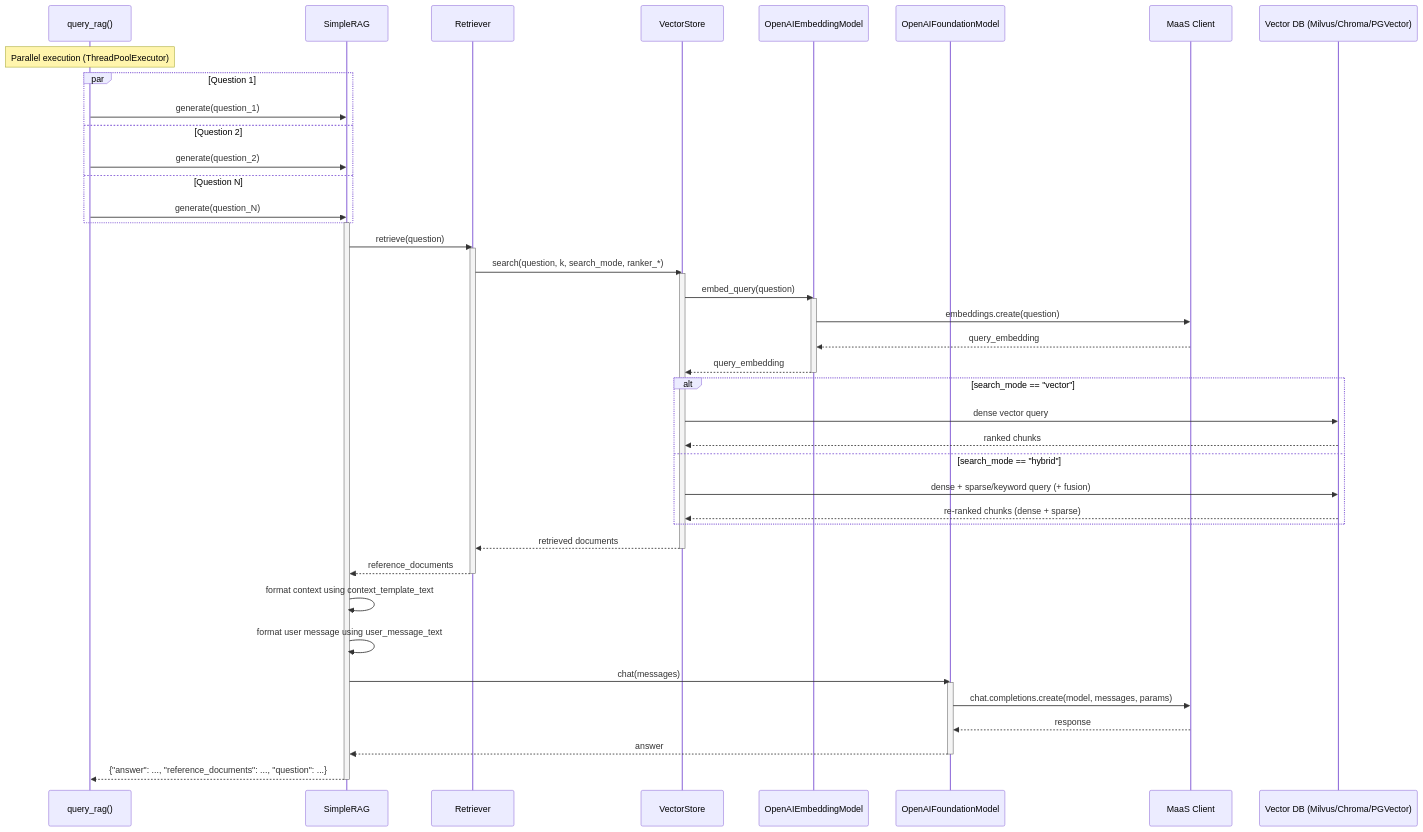
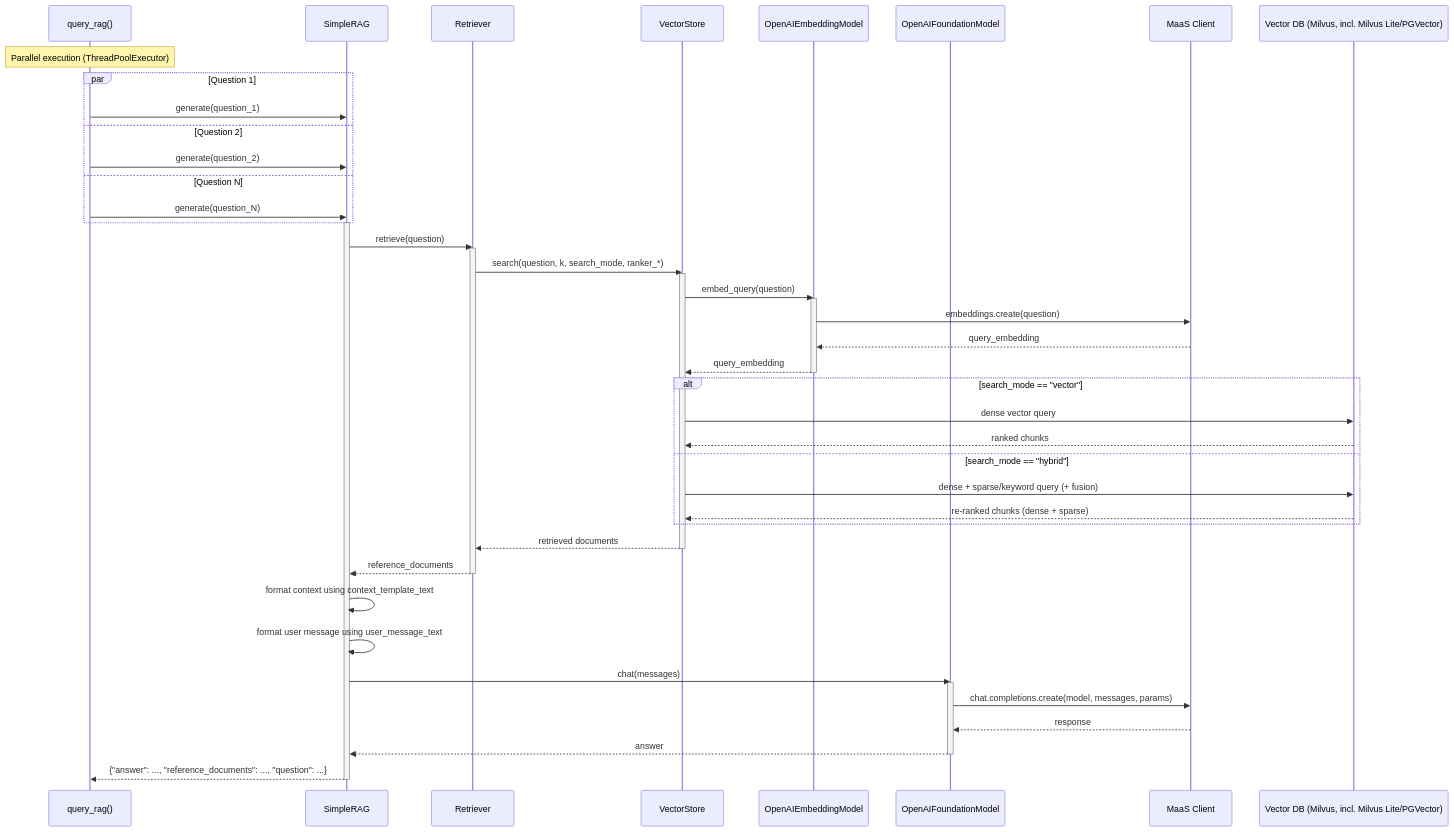
The second of 4 diagrams in docs/architecture/data-flow.md (IBM/ai4rag), drawn with Mermaid before and after one commit. The commit also changed other lines of this file and 54 other files, not shown here.

````diff
--- a/docs/architecture/data-flow.md
+++ b/docs/architecture/data-flow.md
@@ -232,57 +232,57 @@
 ```mermaid
 sequenceDiagram
     participant QR as query_rag()
     participant RAG as SimpleRAG
     participant Ret as Retriever
     participant VS as VectorStore
     participant EM as OpenAIEmbeddingModel
     participant FM as OpenAIFoundationModel
     participant MaaSClient as MaaS Client
-    participant DB as Vector DB (Milvus/Chroma/PGVector)
+    participant DB as Vector DB (Milvus, incl. Milvus Lite/PGVector)
 
     Note over QR: Parallel execution (ThreadPoolExecutor)
     par Question 1
         QR->>RAG: generate(question_1)
     and Question 2
         QR->>RAG: generate(question_2)
     and Question N
         QR->>RAG: generate(question_N)
     end
 
     activate RAG
     RAG->>Ret: retrieve(question)
     activate Ret
     Ret->>VS: search(question, k, search_mode, ranker_*)
     activate VS
     VS->>EM: embed_query(question)
     activate EM
     EM->>MaaSClient: embeddings.create(question)
     MaaSClient-->>EM: query_embedding
     EM-->>VS: query_embedding
     deactivate EM
 
     alt search_mode == "vector"
         VS->>DB: dense vector query
         DB-->>VS: ranked chunks
     else search_mode == "hybrid"
         VS->>DB: dense + sparse/keyword query (+ fusion)
         DB-->>VS: re-ranked chunks (dense + sparse)
     end
 
     VS-->>Ret: retrieved documents
     deactivate VS
     Ret-->>RAG: reference_documents
     deactivate Ret
 
     RAG->>RAG: format context using context_template_text
     RAG->>RAG: format user message using user_message_text
     RAG->>FM: chat(messages)
     activate FM
     FM->>MaaSClient: chat.completions.create(model, messages, params)
     MaaSClient-->>FM: response
     FM-->>RAG: answer
     deactivate FM
 
     RAG-->>QR: {"answer": ..., "reference_documents": ..., "question": ...}
     deactivate RAG
 ```
````
